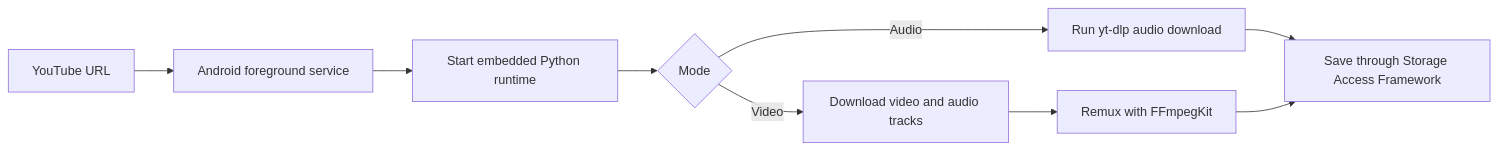
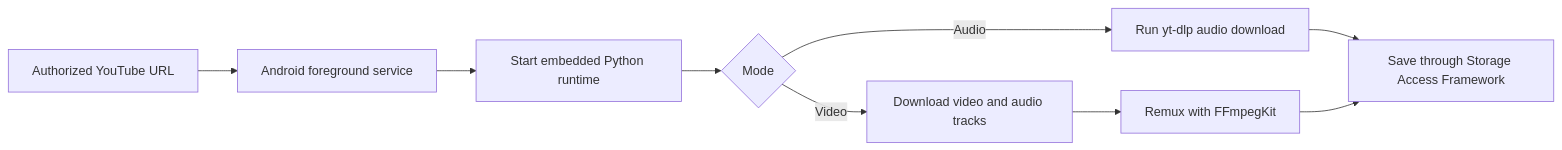
The first of 2 diagrams in README.md (hojin-v/YTET-Android), drawn with Mermaid before and after one commit. The commit also changed other lines of this file, not shown here.

````diff
--- a/README.md
+++ b/README.md
@@ -120,11 +120,11 @@
 ```mermaid
 flowchart LR
-    A[YouTube URL] --> B[Android foreground service]
+    A[Authorized YouTube URL] --> B[Android foreground service]
     B --> C[Start embedded Python runtime]
     C --> D{Mode}
     D -->|Audio| E[Run yt-dlp audio download]
     D -->|Video| F[Download video and audio tracks]
     F --> H[Remux with FFmpegKit]
     E --> G[Save through Storage Access Framework]
     H --> G
 ```
````
